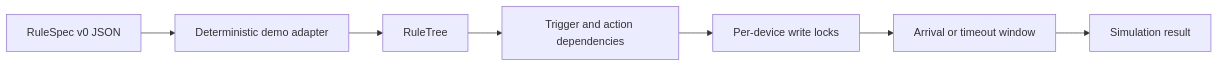
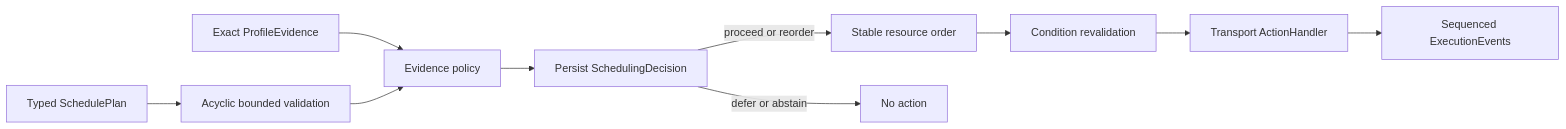
The diagram in README.md (David-Lee-11101/SmartHome-ThreadSafe-Scheduler), drawn with Mermaid before and after one commit. The commit also changed other lines of this file and 76 other files, not shown here.

````diff
--- a/README.md
+++ b/README.md
@@ -13,9 +7,12 @@
 ```mermaid
 flowchart LR
-    JSON[RuleSpec v0 JSON] --> Demo[Deterministic demo adapter]
-    Demo --> Tree[RuleTree]
-    Tree --> Dependencies[Trigger and action dependencies]
-    Dependencies --> Locks[Per-device write locks]
-    Locks --> Window[Arrival or timeout window]
-    Window --> Result[Simulation result]
+    Plan[Typed SchedulePlan] --> Validate[Acyclic bounded validation]
+    Evidence[Exact ProfileEvidence] --> Policy[Evidence policy]
+    Validate --> Policy
+    Policy --> Persist[Persist SchedulingDecision]
+    Persist -->|proceed or reorder| Locks[Stable resource order]
+    Locks --> Revalidate[Condition revalidation]
+    Revalidate --> Handler[Transport ActionHandler]
+    Handler --> Events[Sequenced ExecutionEvents]
+    Persist -->|defer or abstain| Stop[No action]
 ```
````
